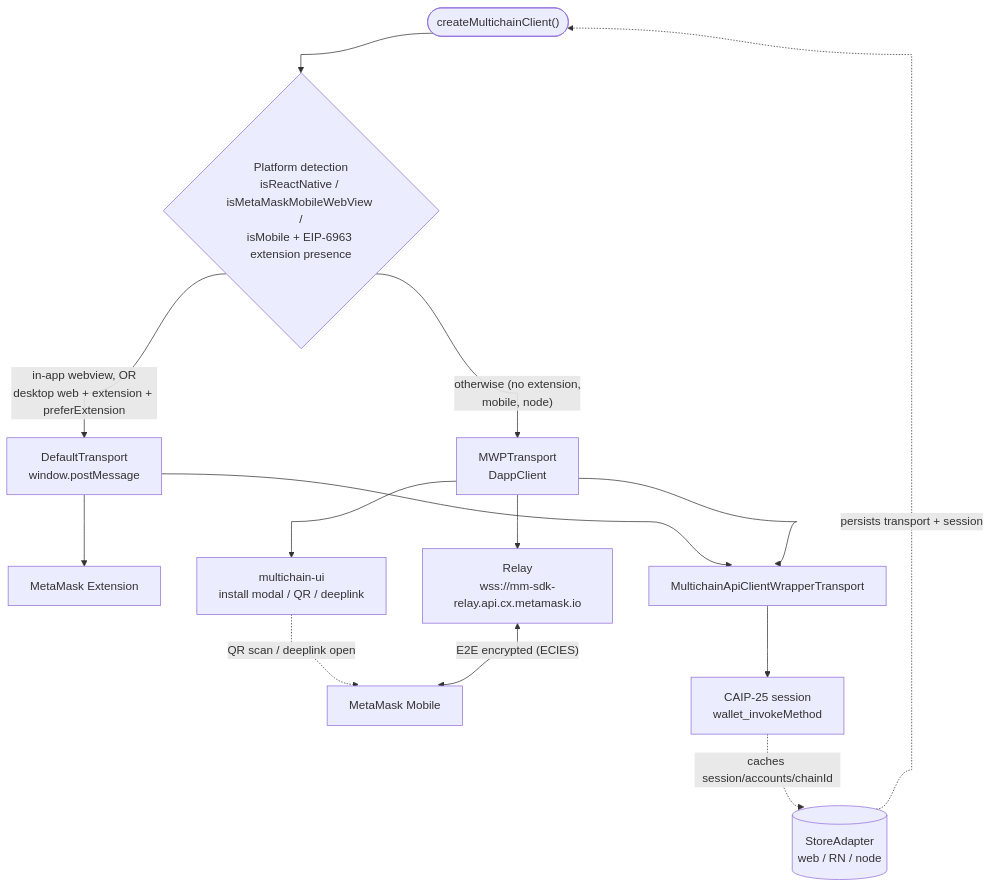
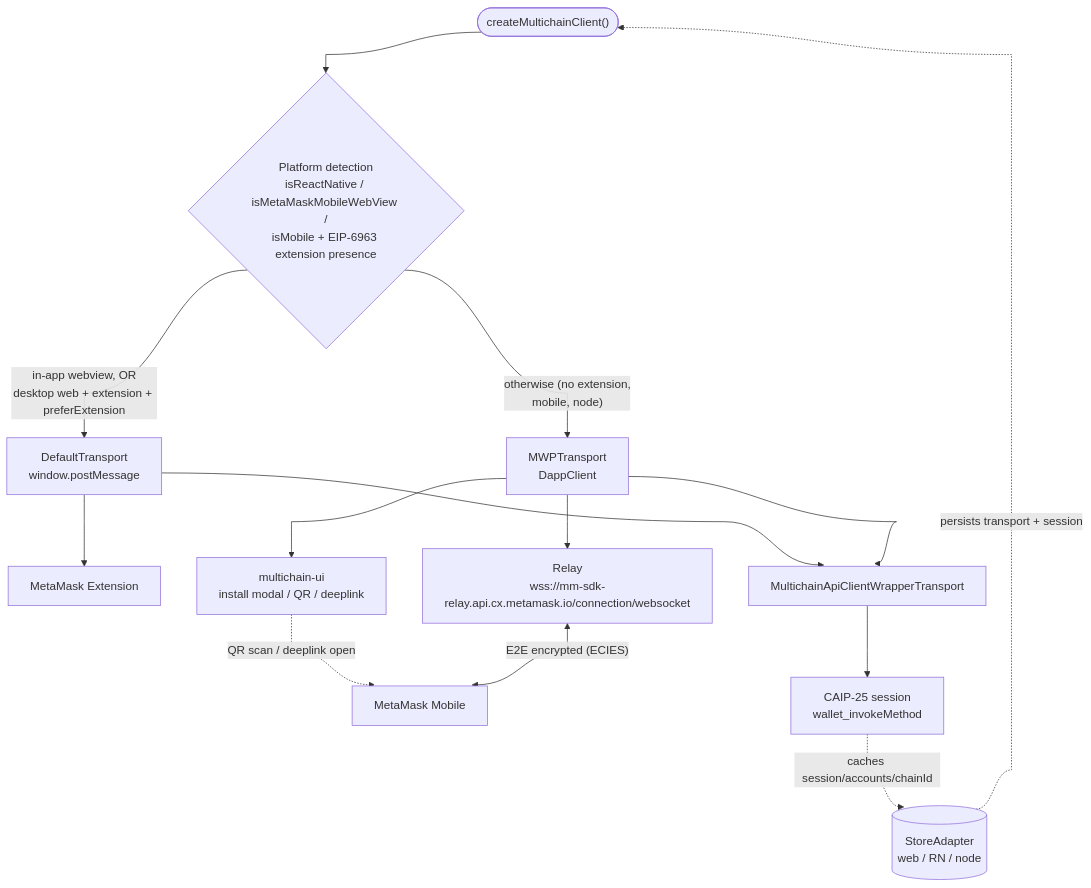
The second of 2 diagrams in docs/architecture.md (MetaMask/connect-monorepo), drawn with Mermaid before and after one commit. The commit also changed other lines of this file and 6 other files, not shown here.

````diff
--- a/docs/architecture.md
+++ b/docs/architecture.md
@@ -91,22 +91,22 @@
 ```mermaid
 %%{ init: { 'flowchart': { 'curve': 'bumpX' } } }%%
 graph TD;
   start(["createMultichainClient()"]) --> detect{"Platform detection<br/>isReactNative / isMetaMaskMobileWebView /<br/>isMobile + EIP-6963 extension presence"};
 
   detect -->|"in-app webview, OR<br/>desktop web + extension + preferExtension"| direct["DefaultTransport<br/>window.postMessage"];
   detect -->|"otherwise (no extension,<br/>mobile, node)"| mwp["MWPTransport<br/>DappClient"];
 
   direct --> ext["MetaMask Extension"];
 
   mwp --> ui["multichain-ui<br/>install modal / QR / deeplink"];
-  mwp --> relay["Relay<br/>wss://mm-sdk-relay.api.cx.metamask.io"];
+  mwp --> relay["Relay<br/>wss://mm-sdk-relay.api.cx.metamask.io/connection/websocket"];
   ui -.->|"QR scan / deeplink open"| mobile["MetaMask Mobile"];
   relay <-->|"E2E encrypted (ECIES)"| mobile;
 
   direct --> wrapper["MultichainApiClientWrapperTransport"];
   mwp --> wrapper;
   wrapper --> session["CAIP-25 session<br/>wallet_invokeMethod"];
 
   store[("StoreAdapter<br/>web / RN / node")] -.->|"persists transport + session"| start;
   session -.->|"caches session/accounts/chainId"| store;
 ```
````
